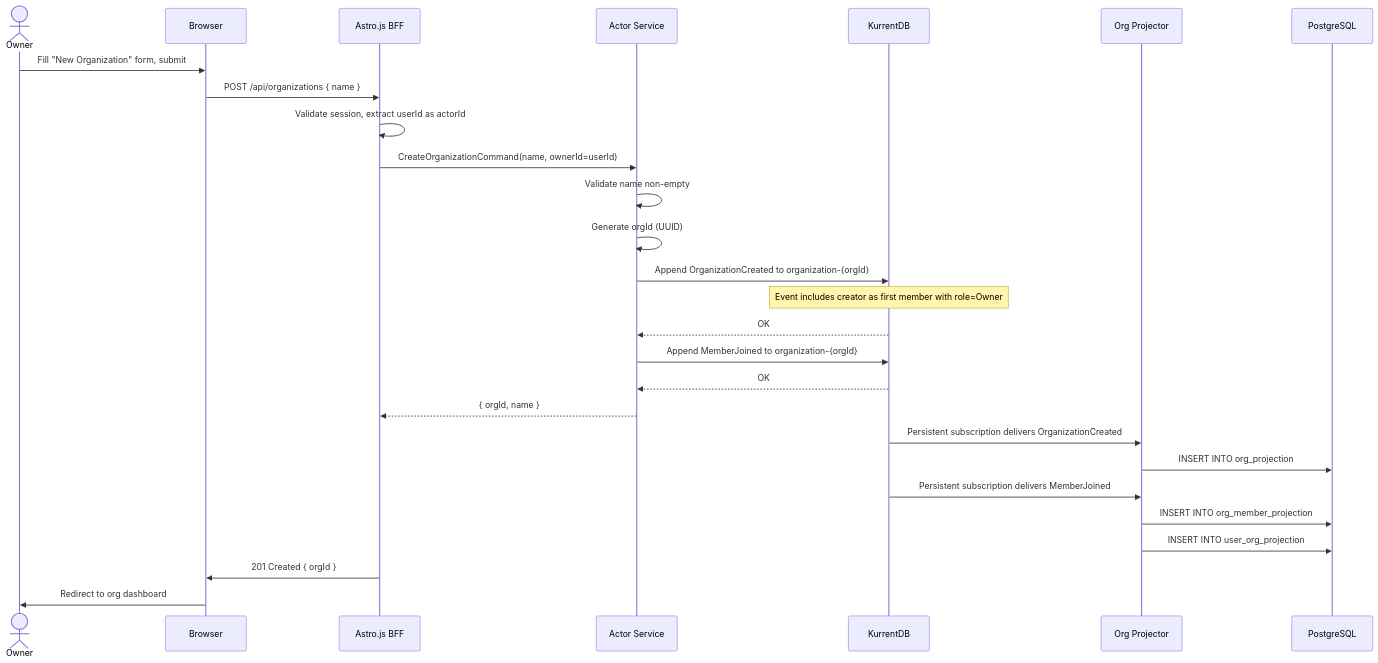
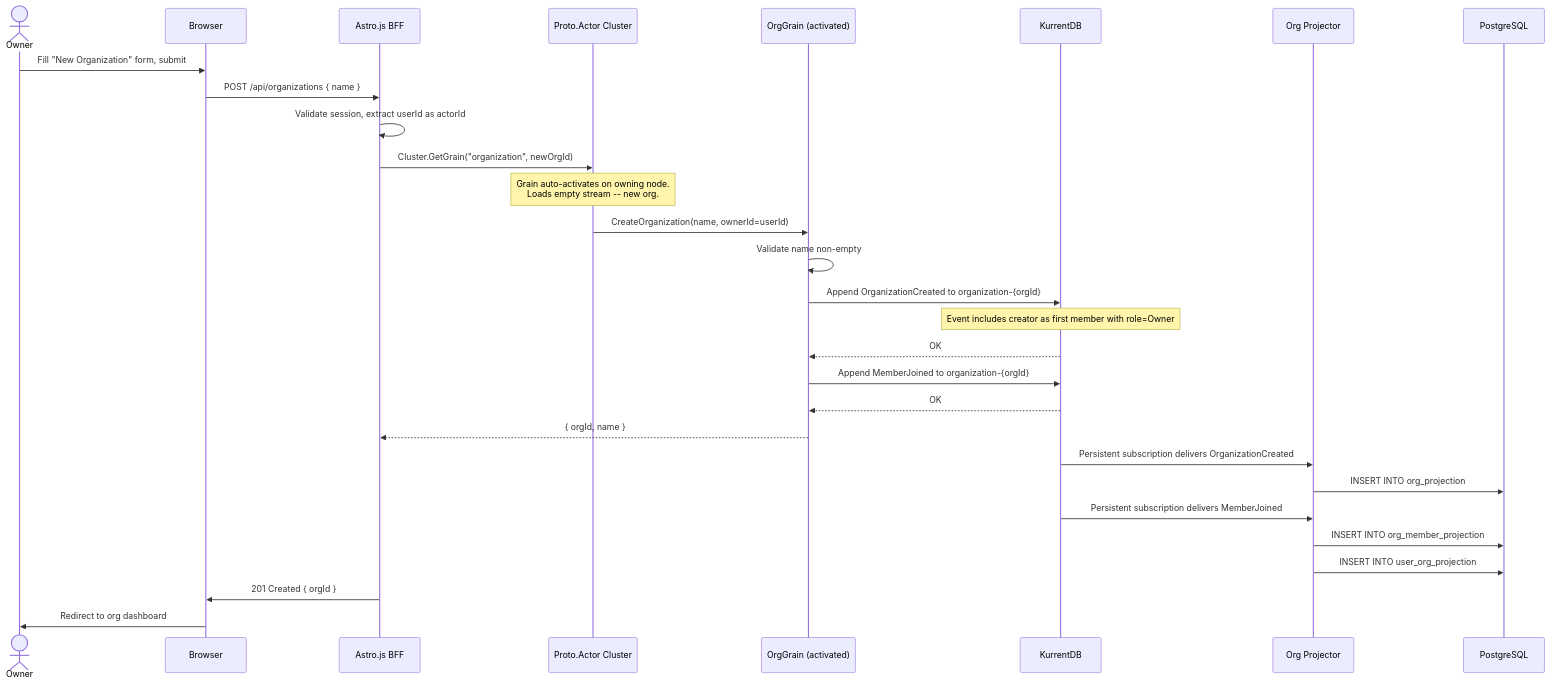
One commit to lekhasy/Vut changed diagram 12 of 19 in epics/01-epic-first-signin-org/architecture/architecture.md. Above: the diagram before and after it, drawn with Mermaid. The commit also changed other lines of this file and 4 other files, not shown here.

````diff
--- a/epics/01-epic-first-signin-org/architecture/architecture.md
+++ b/epics/01-epic-first-signin-org/architecture/architecture.md
@@ -796,34 +897,35 @@
 ```mermaid
 sequenceDiagram
     actor Owner
     participant Browser
     participant BFF as Astro.js BFF
-    participant AS as Actor Service
+    participant Cluster as Proto.Actor Cluster
+    participant Grain as OrgGrain (activated)
     participant K as KurrentDB
     participant PJ as Org Projector
     participant PG as PostgreSQL
 
     Owner->>Browser: Fill "New Organization" form, submit
     Browser->>BFF: POST /api/organizations { name }
     BFF->>BFF: Validate session, extract userId as actorId
-    BFF->>AS: CreateOrganizationCommand(name, ownerId=userId)
-    AS->>AS: Validate name non-empty
-    AS->>AS: Generate orgId (UUID)
-    AS->>K: Append OrganizationCreated to organization-{orgId}
+
+    BFF->>Cluster: Cluster.GetGrain("organization", newOrgId)
+    Note over Cluster: Grain auto-activates on owning node.<br/>Loads empty stream -- new org.
+    Cluster->>Grain: CreateOrganization(name, ownerId=userId)
+    Grain->>Grain: Validate name non-empty
+    Grain->>K: Append OrganizationCreated to organization-{orgId}
     Note over K: Event includes creator as first member with role=Owner
-
-    K-->>AS: OK
-    AS->>K: Append MemberJoined to organization-{orgId}
-    K-->>AS: OK
-
-    AS-->>BFF: { orgId, name }
+    K-->>Grain: OK
+    Grain->>K: Append MemberJoined to organization-{orgId}
+    K-->>Grain: OK
+    Grain-->>BFF: { orgId, name }
 
     K->>PJ: Persistent subscription delivers OrganizationCreated
     PJ->>PG: INSERT INTO org_projection
     K->>PJ: Persistent subscription delivers MemberJoined
     PJ->>PG: INSERT INTO org_member_projection
     PJ->>PG: INSERT INTO user_org_projection
 
     BFF->>Browser: 201 Created { orgId }
     Browser->>Owner: Redirect to org dashboard
 ```
````
